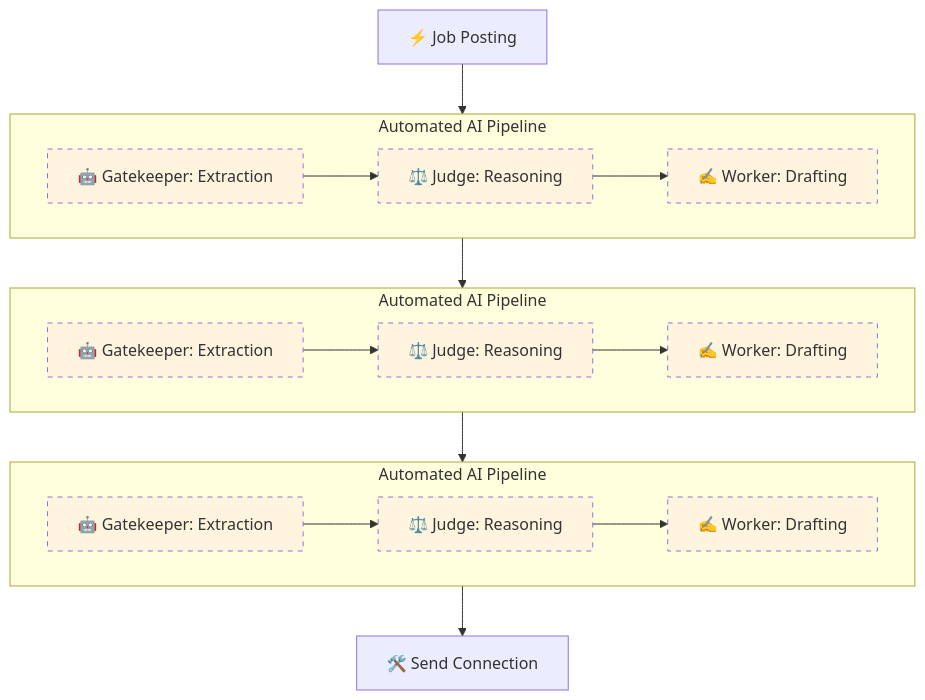
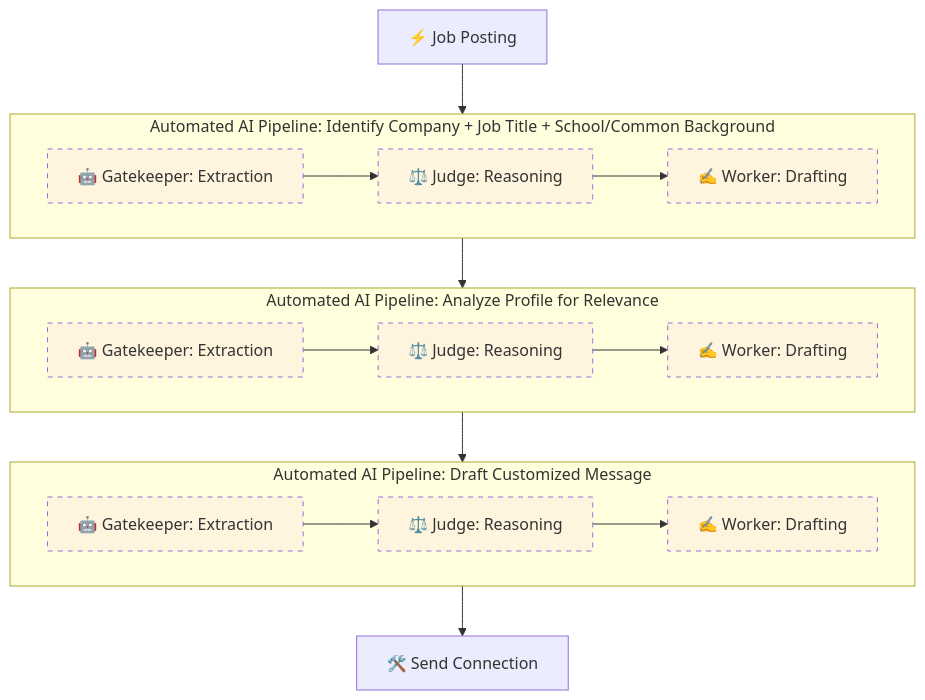
The second of 2 diagrams in milestone-2/MVW.md (msacouto-ffld/data6900-group-project), drawn with Mermaid before and after one commit. The commit also changed other lines of this file, not shown here.

````diff
--- a/milestone-2/MVW.md
+++ b/milestone-2/MVW.md
@@ -102,33 +102,33 @@
 ```mermaid
 flowchart TD
     A[⚡ Job Posting] --> B_subgraph[Automated AI Pipeline: Identify Company + Job Title + School/Common Background]
     B_subgraph --> C_subgraph[Automated AI Pipeline: Analyze Profile for Relevance]
     C_subgraph --> D_subgraph[Automated AI Pipeline: Draft Customized Message]
     D_subgraph --> F[🛠️ Send Connection]
 
     %% Automated AI Pipelines
-    subgraph B_subgraph["Automated AI Pipeline"]
+    subgraph B_subgraph["Automated AI Pipeline: Identify Company + Job Title + School/Common Background"]
         B1[🤖 Gatekeeper: Extraction] --> B2[⚖️ Judge: Reasoning] --> B3[✍️ Worker: Drafting]
     end
 
-    subgraph C_subgraph["Automated AI Pipeline"]
+    subgraph C_subgraph["Automated AI Pipeline: Analyze Profile for Relevance"]
         C1[🤖 Gatekeeper: Extraction] --> C2[⚖️ Judge: Reasoning] --> C3[✍️ Worker: Drafting]
     end
 
-    subgraph D_subgraph["Automated AI Pipeline"]
+    subgraph D_subgraph["Automated AI Pipeline: Draft Customized Message"]
         D1[🤖 Gatekeeper: Extraction] --> D2[⚖️ Judge: Reasoning] --> D3[✍️ Worker: Drafting]
     end
 
     %% Styling for each node
     style B1 fill:#FFF4DD,stroke-dasharray:5 5
     style B2 fill:#FFF4DD,stroke-dasharray:5 5
     style B3 fill:#FFF4DD,stroke-dasharray:5 5
 
     style C1 fill:#FFF4DD,stroke-dasharray:5 5
     style C2 fill:#FFF4DD,stroke-dasharray:5 5
     style C3 fill:#FFF4DD,stroke-dasharray:5 5
 
     style D1 fill:#FFF4DD,stroke-dasharray:5 5
     style D2 fill:#FFF4DD,stroke-dasharray:5 5
     style D3 fill:#FFF4DD,stroke-dasharray:5 5
 ```
````
